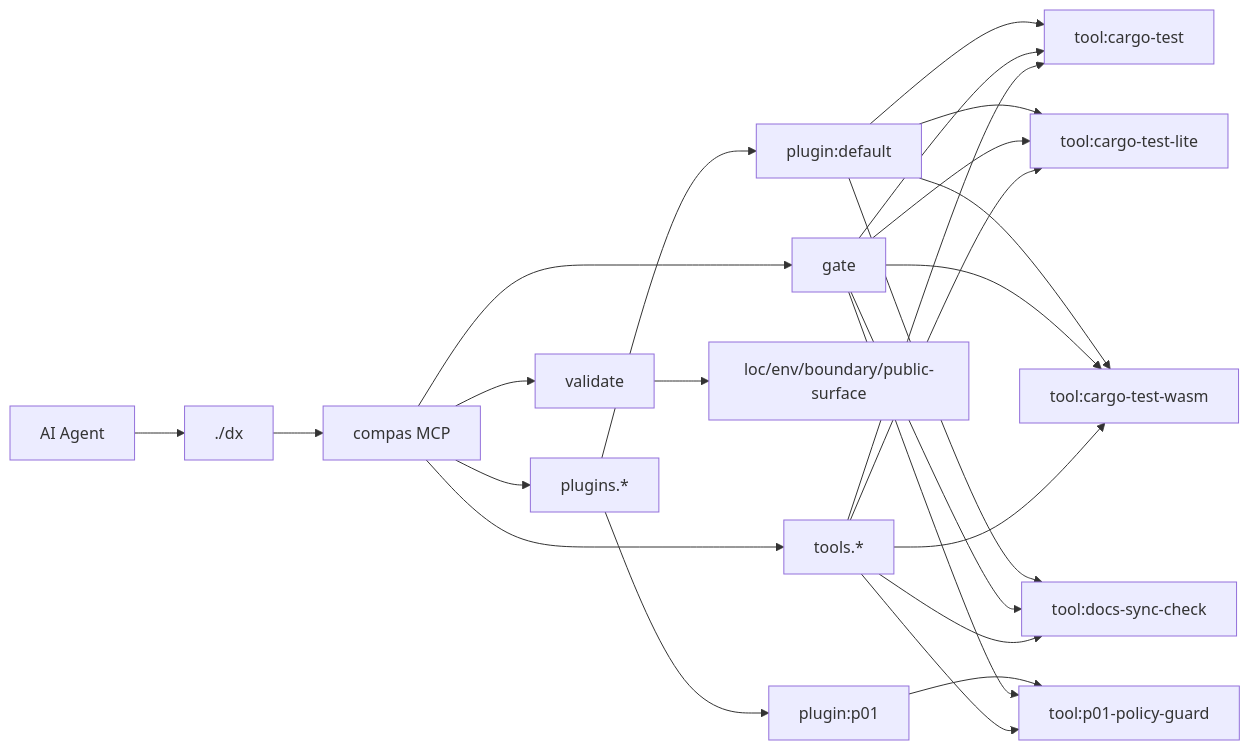
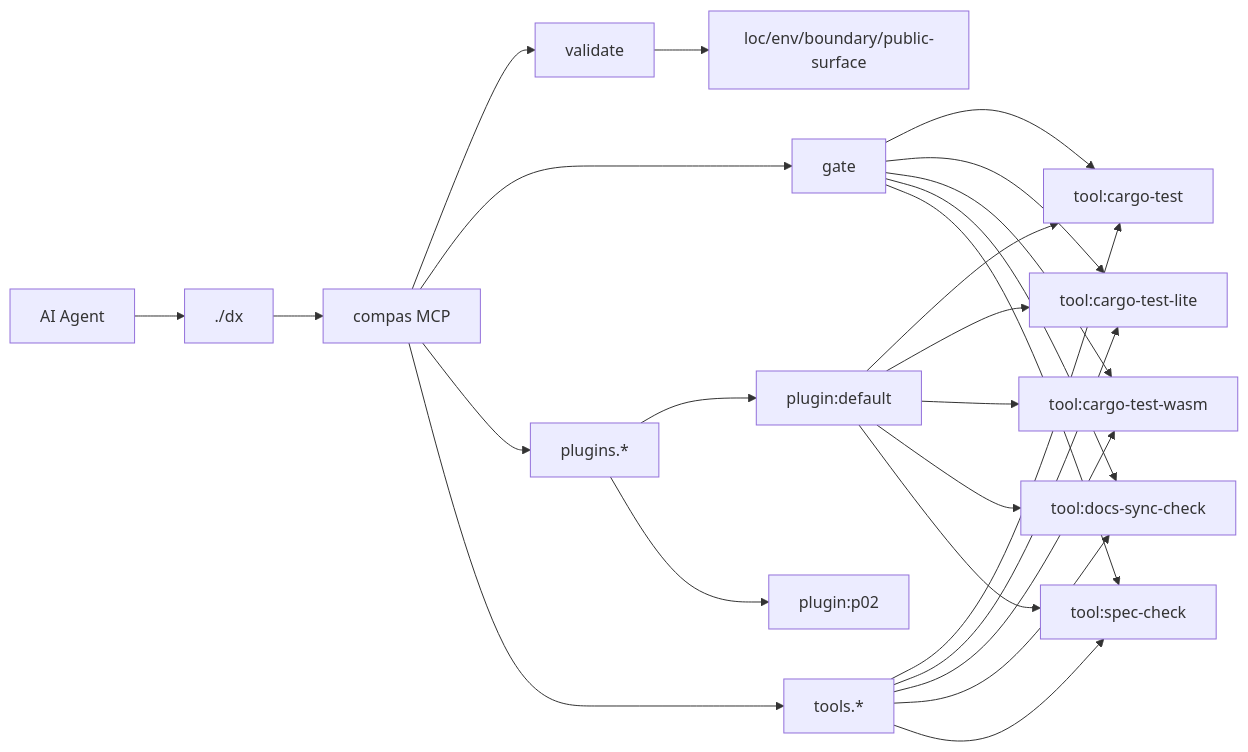
One commit to AmirTlinov/compas changed the diagram in AGENTS.md. Above: the diagram before and after it, drawn with Mermaid. The commit also changed other lines of this file and 7 other files, not shown here.

Commit message:
feat(p02): add spec/adr gate with spec-check tool

````diff
--- a/AGENTS.md
+++ b/AGENTS.md
@@ -52,27 +52,27 @@
 ```mermaid
 flowchart LR
   Agent[AI Agent] --> DX[./dx]
   DX --> MCP[compas MCP]
   MCP --> V[validate]
   MCP --> G[gate]
   MCP --> PL[plugins.*]
   MCP --> TL[tools.*]
   V --> C1[loc/env/boundary/public-surface]
   PL --> P_default["plugin:default"]
   P_default --> T_cargo_test["tool:cargo-test"]
   G --> T_cargo_test
   P_default --> T_cargo_test_lite["tool:cargo-test-lite"]
   G --> T_cargo_test_lite
   P_default --> T_cargo_test_wasm["tool:cargo-test-wasm"]
   G --> T_cargo_test_wasm
   P_default --> T_docs_sync_check["tool:docs-sync-check"]
   G --> T_docs_sync_check
-  PL --> P_p01["plugin:p01"]
-  P_p01 --> T_p01_policy_guard["tool:p01-policy-guard"]
-  G --> T_p01_policy_guard
+  P_default --> T_spec_check["tool:spec-check"]
+  G --> T_spec_check
+  PL --> P_p02["plugin:p02"]
   TL --> T_cargo_test
   TL --> T_cargo_test_lite
   TL --> T_cargo_test_wasm
   TL --> T_docs_sync_check
-  TL --> T_p01_policy_guard
+  TL --> T_spec_check
 ```
````
